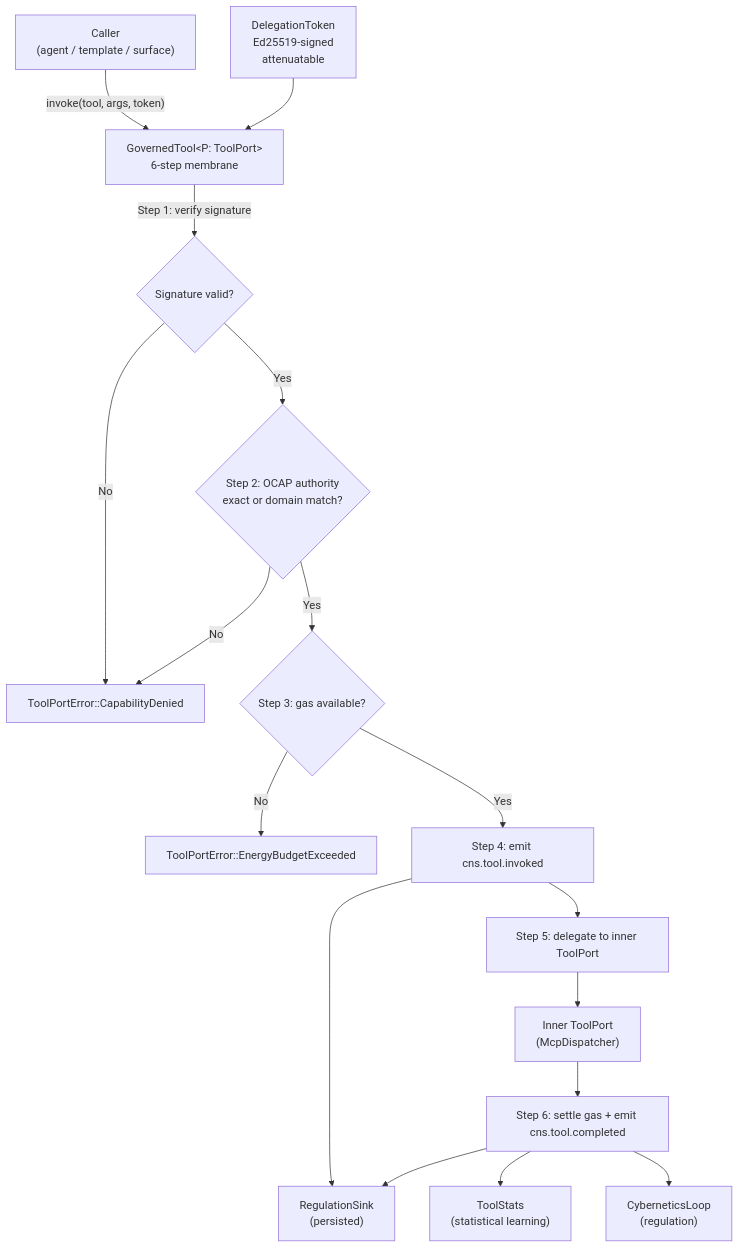
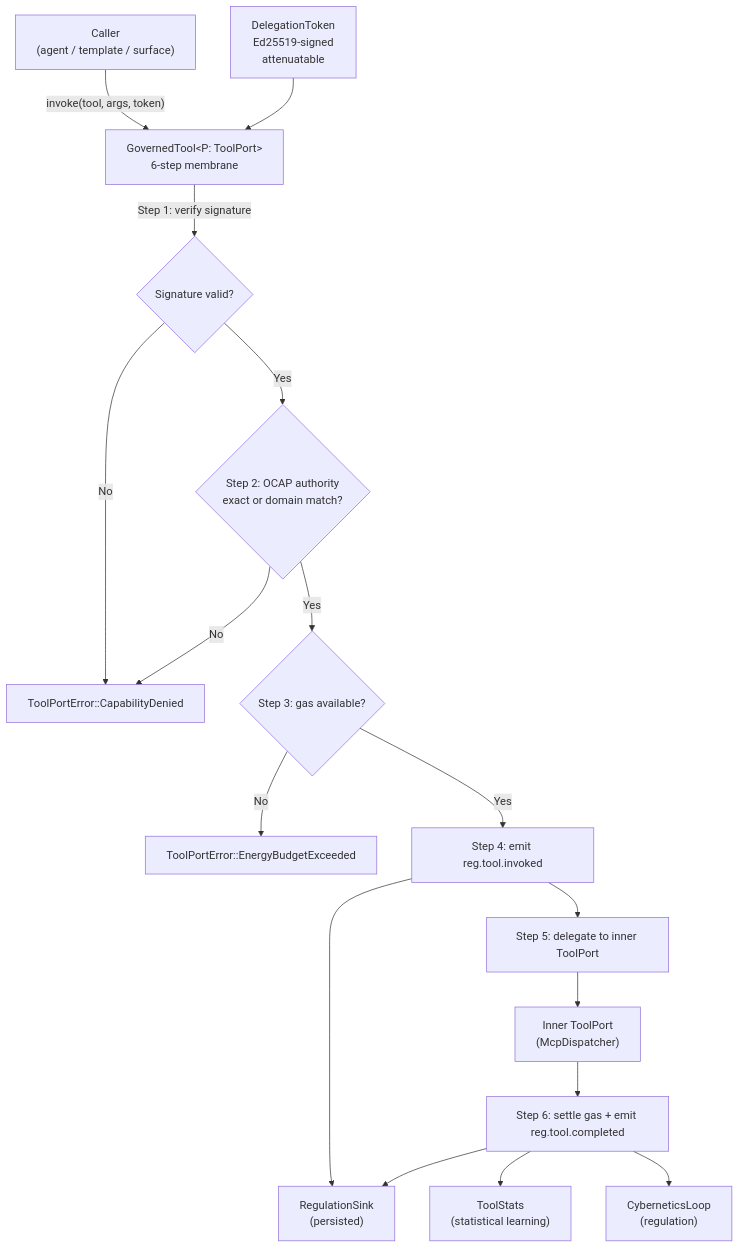
One commit to mdz-axo/hKask changed the first of 6 diagrams in docs/explanation/sovereignty-and-ocap.md. Above: the diagram before and after it, drawn with Mermaid. The commit also changed other lines of this file and 68 other files, not shown here.

First line of the commit message:
Rename CNS to Regulation across docs

````diff
--- a/docs/explanation/sovereignty-and-ocap.md
+++ b/docs/explanation/sovereignty-and-ocap.md
@@ -76,28 +76,28 @@
 ```mermaid
 flowchart TD
     CALLER["Caller\n(agent / template / surface)"]
     TOKEN["DelegationToken\nEd25519-signed\nattenuatable"]
     GT["GovernedTool&lt;P: ToolPort&gt;\n6-step membrane"]
     INNER["Inner ToolPort\n(McpDispatcher)"]
     SINK["RegulationSink\n(persisted)"]
     STATS["ToolStats\n(statistical learning)"]
-    CNS["CyberneticsLoop\n(regulation)"]
+    Regulation["CyberneticsLoop\n(regulation)"]
 
     CALLER -->|"invoke(tool, args, token)"| GT
     TOKEN --> GT
 
     GT -->|"Step 1: verify signature"| CHECK1{"Signature valid?"}
     CHECK1 -->|"No"| DENY["ToolPortError::CapabilityDenied"]
     CHECK1 -->|"Yes"| CHECK2{"Step 2: OCAP authority\nexact or domain match?"}
     CHECK2 -->|"No"| DENY
     CHECK2 -->|"Yes"| RESERVE{"Step 3: gas available?"}
     RESERVE -->|"No"| EXHAUST["ToolPortError::EnergyBudgetExceeded"]
-    RESERVE -->|"Yes"| EMIT1["Step 4: emit cns.tool.invoked"]
+    RESERVE -->|"Yes"| EMIT1["Step 4: emit reg.tool.invoked"]
     EMIT1 --> SINK
     EMIT1 --> DELEGATE["Step 5: delegate to inner ToolPort"]
     DELEGATE --> INNER
-    INNER --> SETTLE["Step 6: settle gas + emit cns.tool.completed"]
+    INNER --> SETTLE["Step 6: settle gas + emit reg.tool.completed"]
     SETTLE --> SINK
     SETTLE --> STATS
-    SETTLE --> CNS
+    SETTLE --> Regulation
 ```
````
